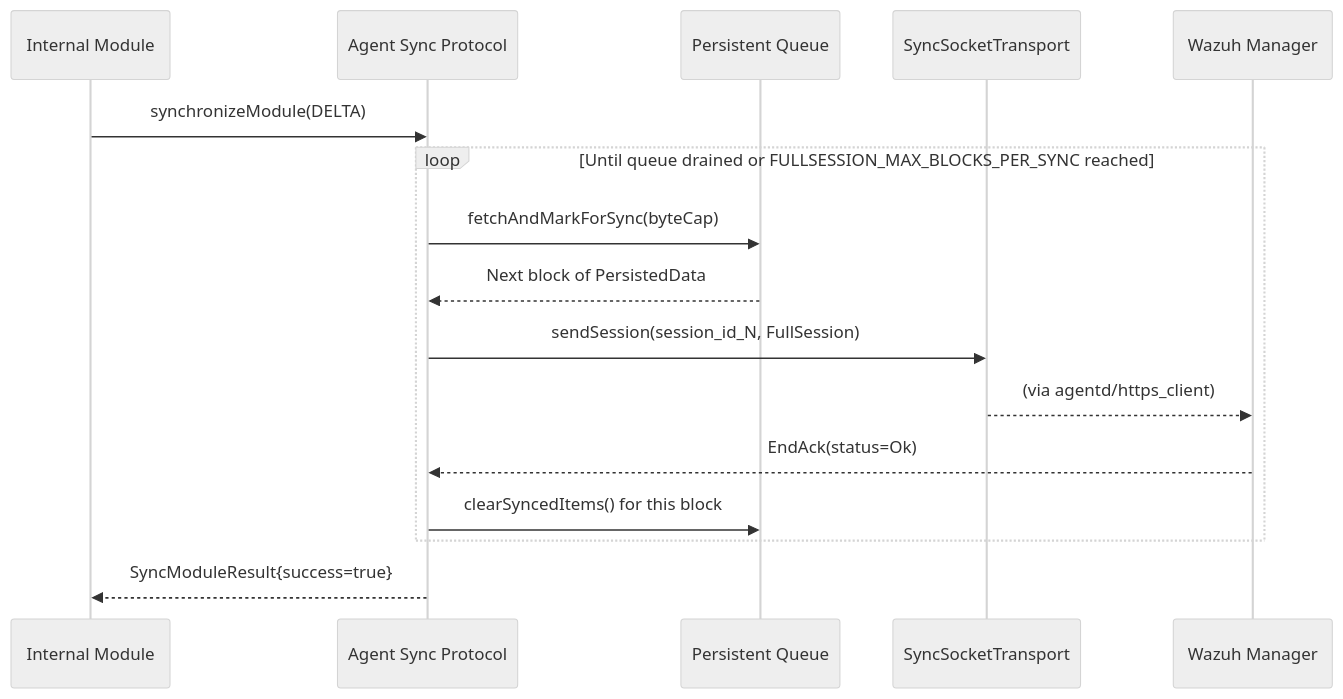
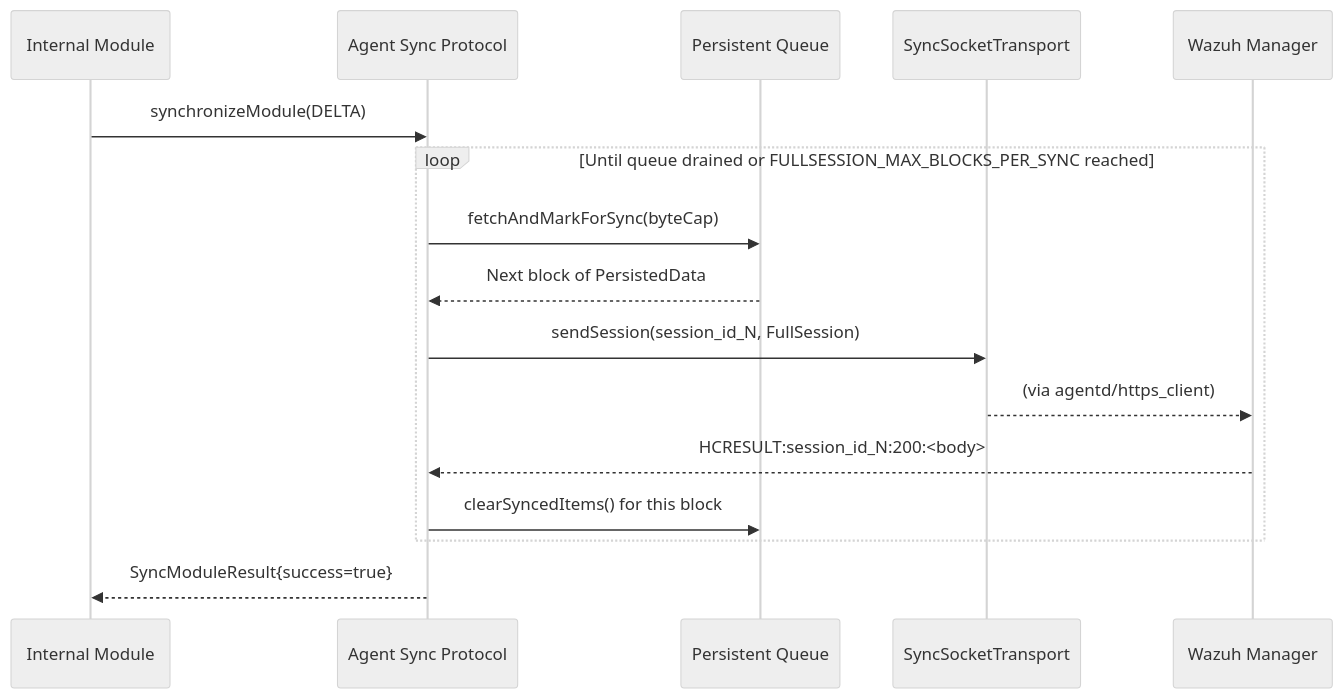
One commit to wazuh/wazuh changed the fourth of 12 diagrams in docs/ref/modules/utils/sync-protocol/sequence-diagrams.md. Above: the diagram before and after it, drawn with Mermaid (neutral theme). The commit also changed other lines of this file and 55 other files, not shown here.

````diff
--- a/docs/ref/modules/utils/sync-protocol/sequence-diagrams.md
+++ b/docs/ref/modules/utils/sync-protocol/sequence-diagrams.md
@@ -89,21 +90,21 @@
 ```mermaid
 sequenceDiagram
     participant Module as Internal Module
     participant ASP as Agent Sync Protocol
     participant Queue as Persistent Queue
     participant Transport as SyncSocketTransport
     participant Manager as Wazuh Manager
 
     Module->>ASP: synchronizeModule(DELTA)
 
     loop Until queue drained or FULLSESSION_MAX_BLOCKS_PER_SYNC reached
         ASP->>Queue: fetchAndMarkForSync(byteCap)
         Queue-->>ASP: Next block of PersistedData
         ASP->>Transport: sendSession(session_id_N, FullSession)
         Transport-->>Manager: (via agentd/https_client)
-        Manager-->>ASP: EndAck(status=Ok)
+        Manager-->>ASP: HCRESULT:session_id_N:200:<body>
         ASP->>Queue: clearSyncedItems() for this block
     end
 
     ASP-->>Module: SyncModuleResult{success=true}
 ```
````
